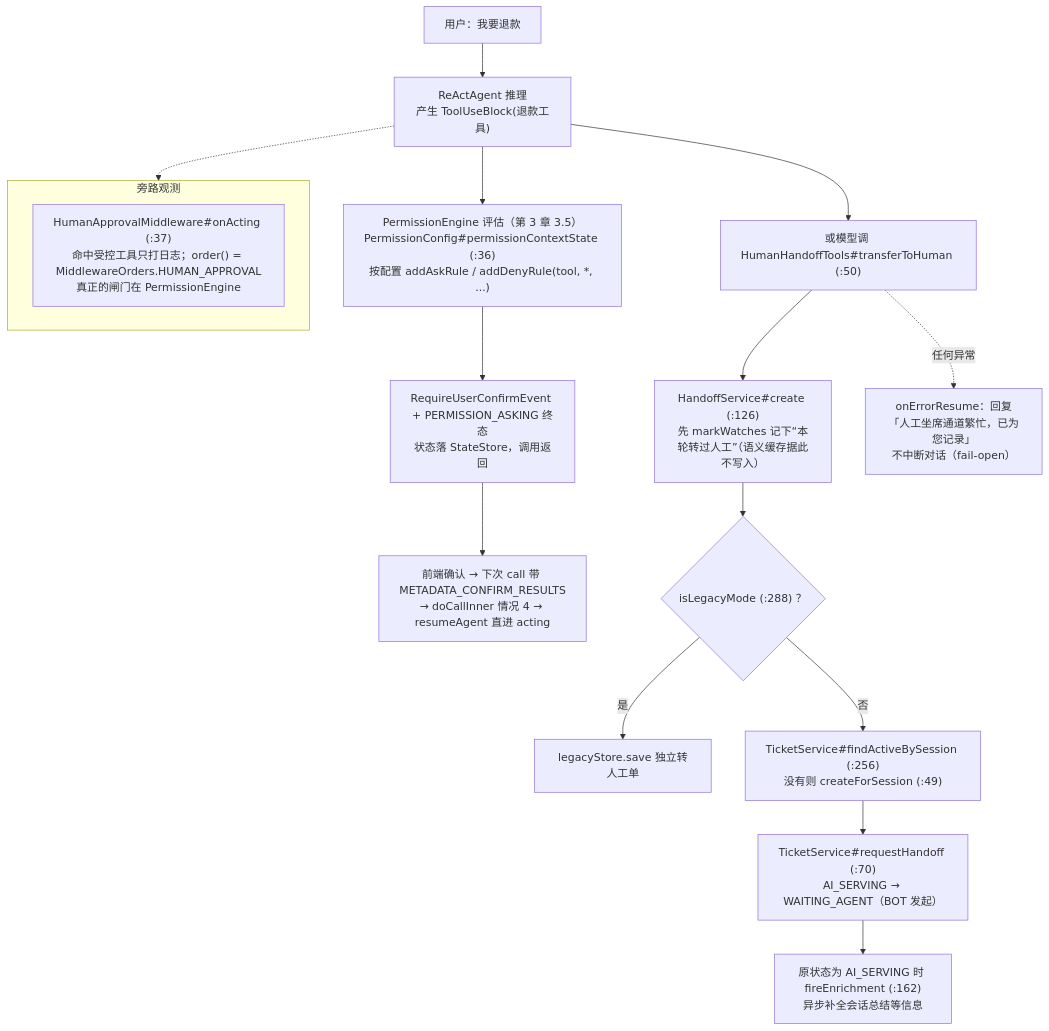
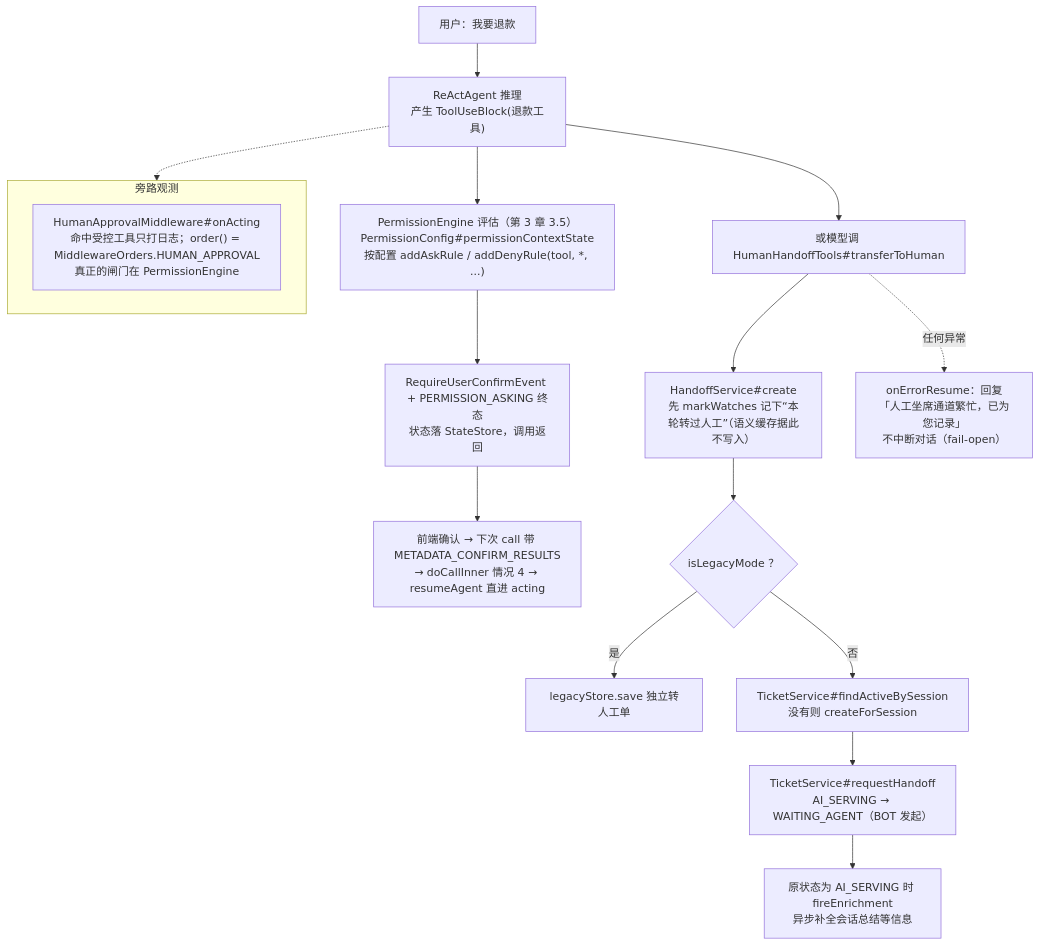
One commit to liulangjietou/AgentScope-source-analysis changed the fifth of 8 diagrams in 09-customer_work场景全景映射.md. Above: the diagram before and after it, drawn with Mermaid. The commit also changed other lines of this file and 13 other files, not shown here.

Commit message:
docs: align source guide and diagrams with main dcb131a3

````diff
--- a/09-customer_work场景全景映射.md
+++ b/09-customer_work场景全景映射.md
@@ -176,19 +184,19 @@
 ```mermaid
 flowchart TB
     U["用户：我要退款"] --> AGENT["ReActAgent 推理<br/>产生 ToolUseBlock(退款工具)"]
-    AGENT --> PERM["PermissionEngine 评估（第 3 章 3.5）<br/>PermissionConfig#permissionContextState (:36)<br/>按配置 addAskRule / addDenyRule(tool, *, ...)"]
+    AGENT --> PERM["PermissionEngine 评估（第 3 章 3.5）<br/>PermissionConfig#permissionContextState<br/>按配置 addAskRule / addDenyRule(tool, *, ...)"]
     PERM --> ASKED["RequireUserConfirmEvent + PERMISSION_ASKING 终态<br/>状态落 StateStore，调用返回"]
     ASKED --> CONFIRM["前端确认 → 下次 call 带 METADATA_CONFIRM_RESULTS<br/>→ doCallInner 情况 4 → resumeAgent 直进 acting"]
-    AGENT --> HAND["或模型调 HumanHandoffTools#transferToHuman (:50)"]
-    HAND --> HS["HandoffService#create (:126)<br/>先 markWatches 记下“本轮转过人工”（语义缓存据此不写入）"]
-    HS --> LEG{"isLegacyMode (:288) ？"}
+    AGENT --> HAND["或模型调 HumanHandoffTools#transferToHuman"]
+    HAND --> HS["HandoffService#create<br/>先 markWatches 记下“本轮转过人工”（语义缓存据此不写入）"]
+    HS --> LEG{"isLegacyMode ？"}
     LEG -->|"是"| LS["legacyStore.save 独立转人工单"]
-    LEG -->|"否"| TK["TicketService#findActiveBySession (:256)<br/>没有则 createForSession (:49)"]
-    TK --> RH["TicketService#requestHandoff (:70)<br/>AI_SERVING → WAITING_AGENT（BOT 发起）"]
-    RH --> EN["原状态为 AI_SERVING 时 fireEnrichment (:162)<br/>异步补全会话总结等信息"]
+    LEG -->|"否"| TK["TicketService#findActiveBySession<br/>没有则 createForSession"]
+    TK --> RH["TicketService#requestHandoff<br/>AI_SERVING → WAITING_AGENT（BOT 发起）"]
+    RH --> EN["原状态为 AI_SERVING 时 fireEnrichment<br/>异步补全会话总结等信息"]
     HAND -.->|"任何异常"| BUSY["onErrorResume：回复「人工坐席通道繁忙，已为您记录」<br/>不中断对话（fail-open）"]
     subgraph OBS["旁路观测"]
-        HAM["HumanApprovalMiddleware#onActing (:37)<br/>命中受控工具只打日志；order() = MiddlewareOrders.HUMAN_APPROVAL<br/>真正的闸门在 PermissionEngine"]
+        HAM["HumanApprovalMiddleware#onActing<br/>命中受控工具只打日志；order() = MiddlewareOrders.HUMAN_APPROVAL<br/>真正的闸门在 PermissionEngine"]
     end
     AGENT -.-> OBS
 ```
````
